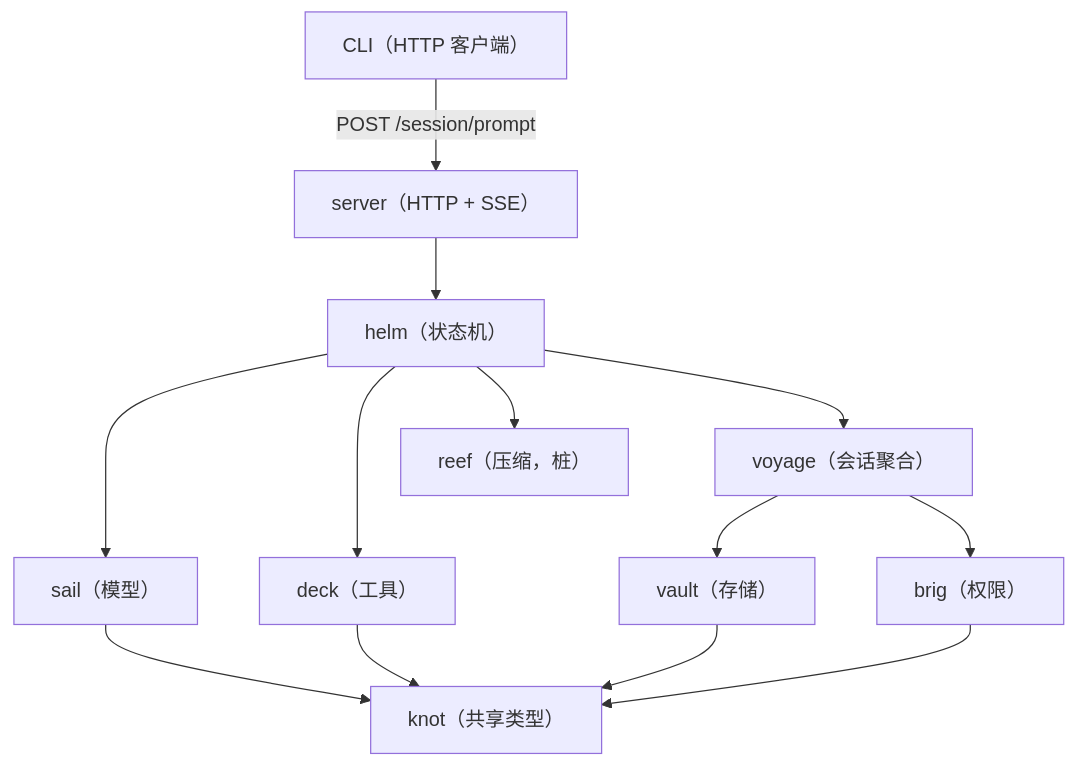
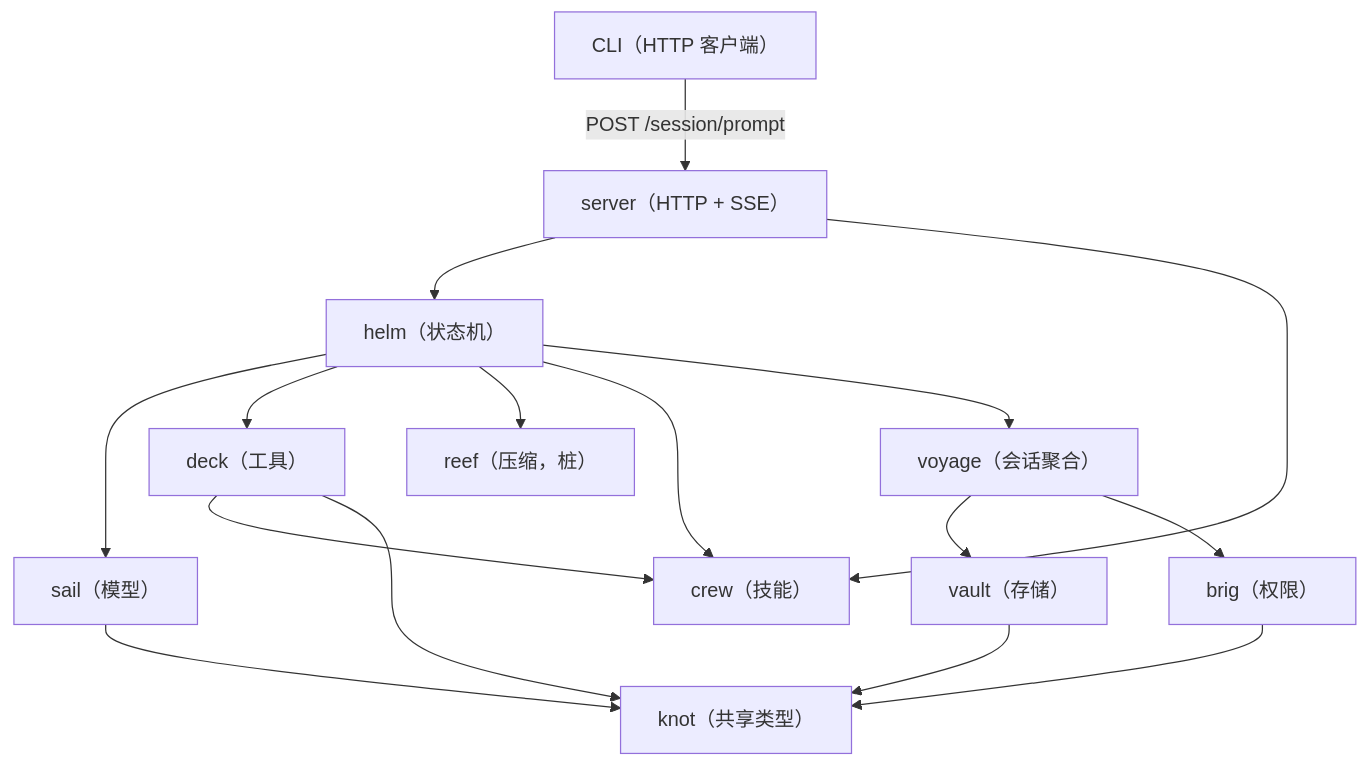
Before and after one commit to gaiusliu/argo: the diagram in docs/architecture.md, drawn with Mermaid. The commit also changed other lines of this file and 15 other files, not shown here.

````diff
--- a/docs/architecture.md
+++ b/docs/architecture.md
@@ -21,21 +21,24 @@
 ```mermaid
 flowchart TB
     CLI["CLI（HTTP 客户端）"]
     Server["server（HTTP + SSE）"]
 
     CLI -->|POST /session/prompt| Server
     Server --> Helm["helm（状态机）"]
 
     Helm --> Sail["sail（模型）"]
     Helm --> Deck["deck（工具）"]
     Helm --> Reef["reef（压缩，桩）"]
+    Helm --> Crew["crew（技能）"]
+    Deck --> Crew
+    Server --> Crew
 
     Helm --> Voyage["voyage（会话聚合）"]
     Voyage --> Vault["vault（存储）"]
     Voyage --> Brig["brig（权限）"]
 
     Vault --> Knot["knot（共享类型）"]
     Sail --> Knot
     Deck --> Knot
     Brig --> Knot
 ```
````
